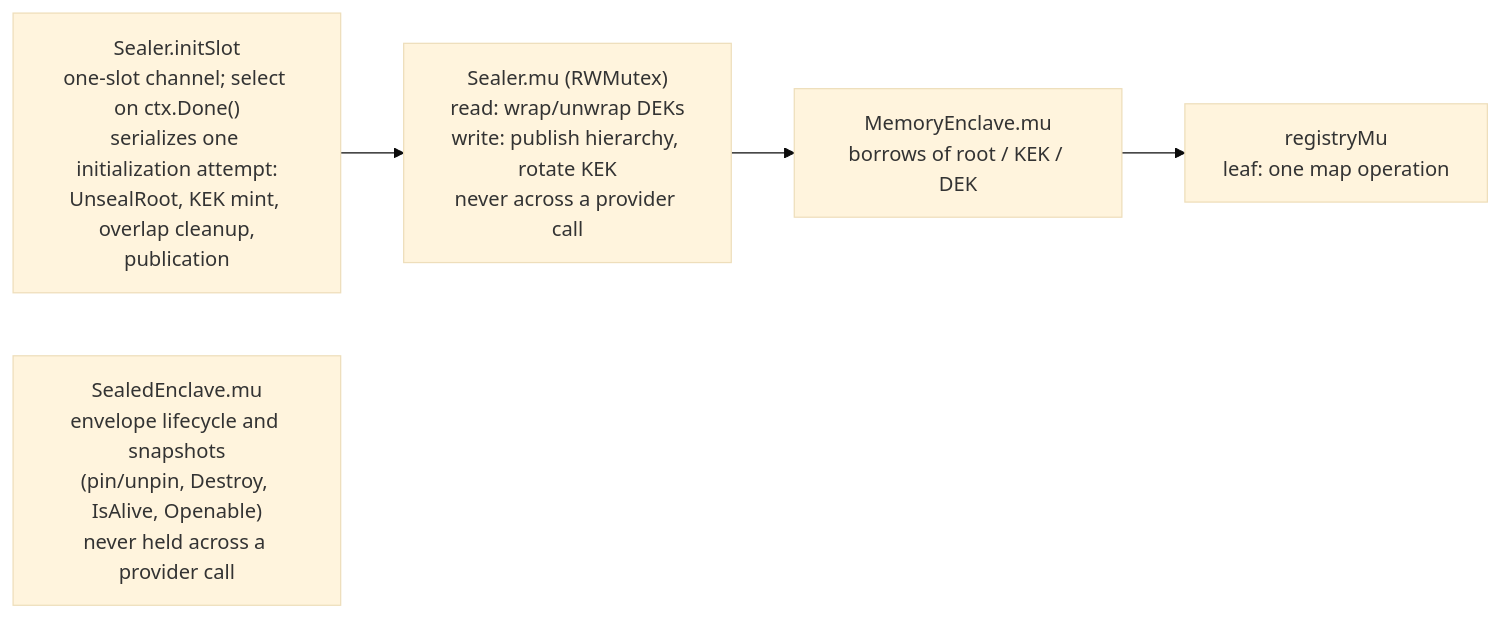
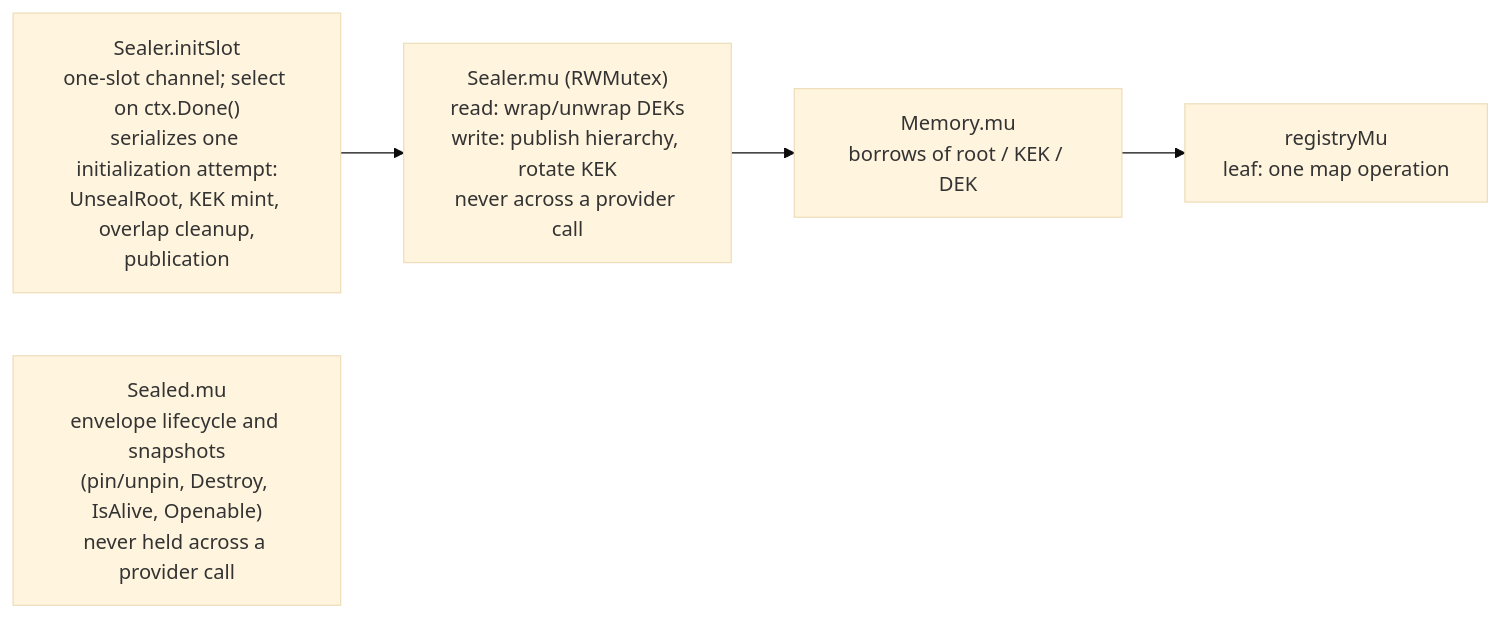
Before and after one commit to jeremyhahn/go-enclave: the second of 3 diagrams in docs/sealing/architecture.md, drawn with Mermaid (base theme). The commit also changed other lines of this file and 106 other files, not shown here.

Commit message:
refactor!: rename MemoryEnclave, SealedEnclave and OpenWith; add noCopy (#145) (#149)

````diff
--- a/docs/sealing/architecture.md
+++ b/docs/sealing/architecture.md
@@ -89,7 +89,7 @@
 ```mermaid
 flowchart LR
   IS["Sealer.initSlot<br/>one-slot channel; select on ctx.Done()<br/>serializes one initialization attempt:<br/>UnsealRoot, KEK mint, overlap cleanup,<br/>publication"] --> MU["Sealer.mu (RWMutex)<br/>read: wrap/unwrap DEKs<br/>write: publish hierarchy, rotate KEK<br/>never across a provider call"]
-  MU --> EL["MemoryEnclave.mu<br/>borrows of root / KEK / DEK"]
+  MU --> EL["Memory.mu<br/>borrows of root / KEK / DEK"]
   EL --> RG["registryMu<br/>leaf: one map operation"]
-  SE["SealedEnclave.mu<br/>envelope lifecycle and snapshots<br/>(pin/unpin, Destroy, IsAlive, Openable)<br/>never held across a provider call"]
+  SE["Sealed.mu<br/>envelope lifecycle and snapshots<br/>(pin/unpin, Destroy, IsAlive, Openable)<br/>never held across a provider call"]
 ```
````
